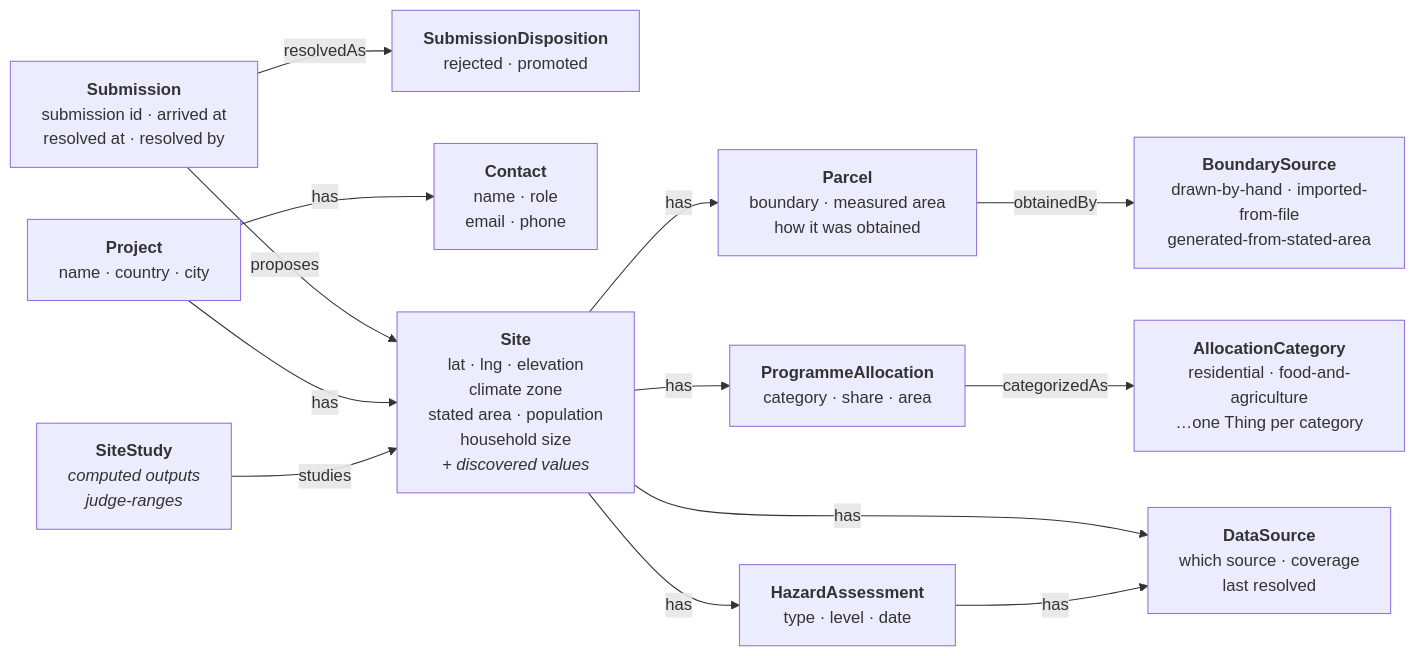
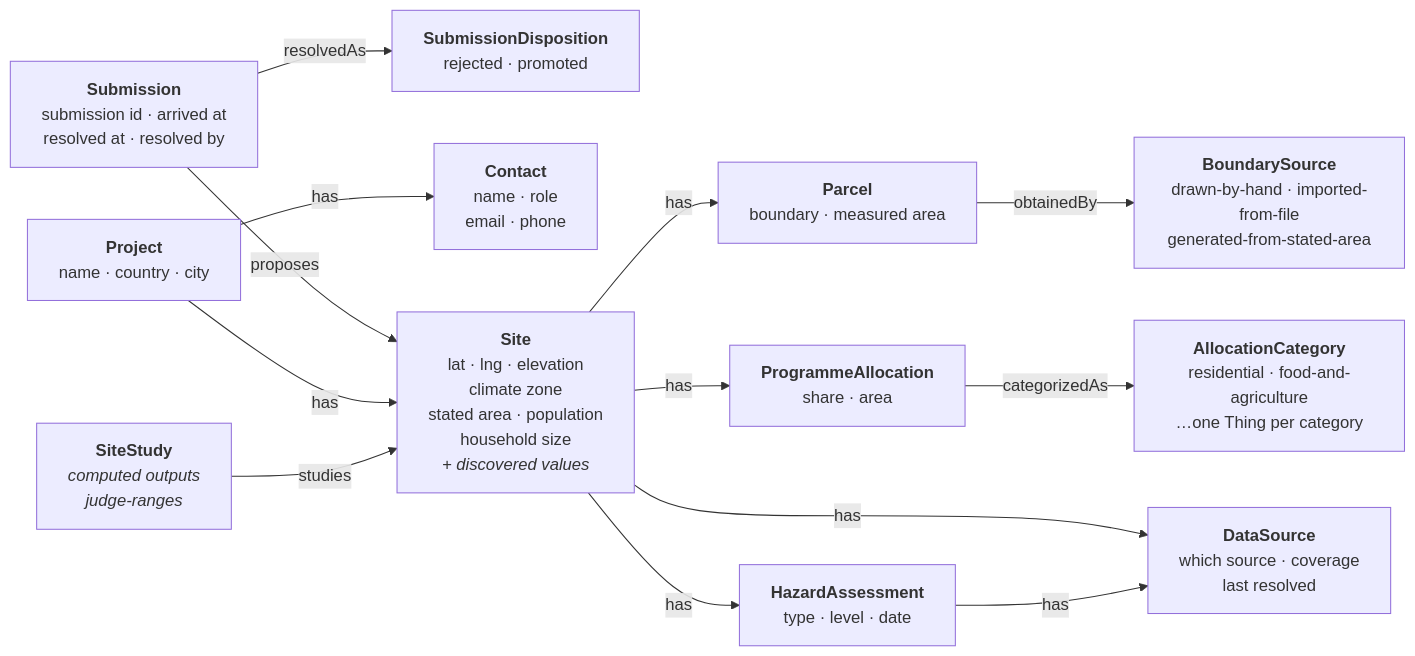
Before and after one commit to ReGen-Villages/VillageOS-API: the seventh of 10 diagrams in docs/LAND_INTAKE.md, drawn with Mermaid. The commit also changed other lines of this file and 2 other files, not shown here.

````diff
--- a/docs/LAND_INTAKE.md
+++ b/docs/LAND_INTAKE.md
@@ -527,29 +527,29 @@
 ```mermaid
 flowchart LR
   SU["<b>Submission</b><br/>submission id · arrived at<br/>resolved at · resolved by"]
   SD["<b>SubmissionDisposition</b><br/>rejected · promoted"]
   PR["<b>Project</b><br/>name · country · city"]
   CO["<b>Contact</b><br/>name · role<br/>email · phone"]
   SI["<b>Site</b><br/>lat · lng · elevation<br/>climate zone<br/>stated area · population<br/>household size<br/><i>+ discovered values</i>"]
   ST["<b>SiteStudy</b><br/><i>computed outputs</i><br/><i>judge-ranges</i>"]
-  PA["<b>Parcel</b><br/>boundary · measured area<br/>how it was obtained"]
-  AL["<b>ProgrammeAllocation</b><br/>category · share · area"]
+  PA["<b>Parcel</b><br/>boundary · measured area"]
+  AL["<b>ProgrammeAllocation</b><br/>share · area"]
   HA["<b>HazardAssessment</b><br/>type · level · date"]
   DS["<b>DataSource</b><br/>which source · coverage<br/>last resolved"]
 
   BS["<b>BoundarySource</b><br/>drawn-by-hand · imported-from-file<br/>generated-from-stated-area"]
   AC["<b>AllocationCategory</b><br/>residential · food-and-agriculture<br/>…one Thing per category"]
 
   SU -->|proposes| SI
   SU -->|resolvedAs| SD
   PR -->|has| CO
   PR -->|has| SI
   SI -->|has| PA
   SI -->|has| AL
   SI -->|has| HA
   SI -->|has| DS
   HA -->|has| DS
   ST -->|studies| SI
   PA -->|obtainedBy| BS
   AL -->|categorizedAs| AC
 ```
````
